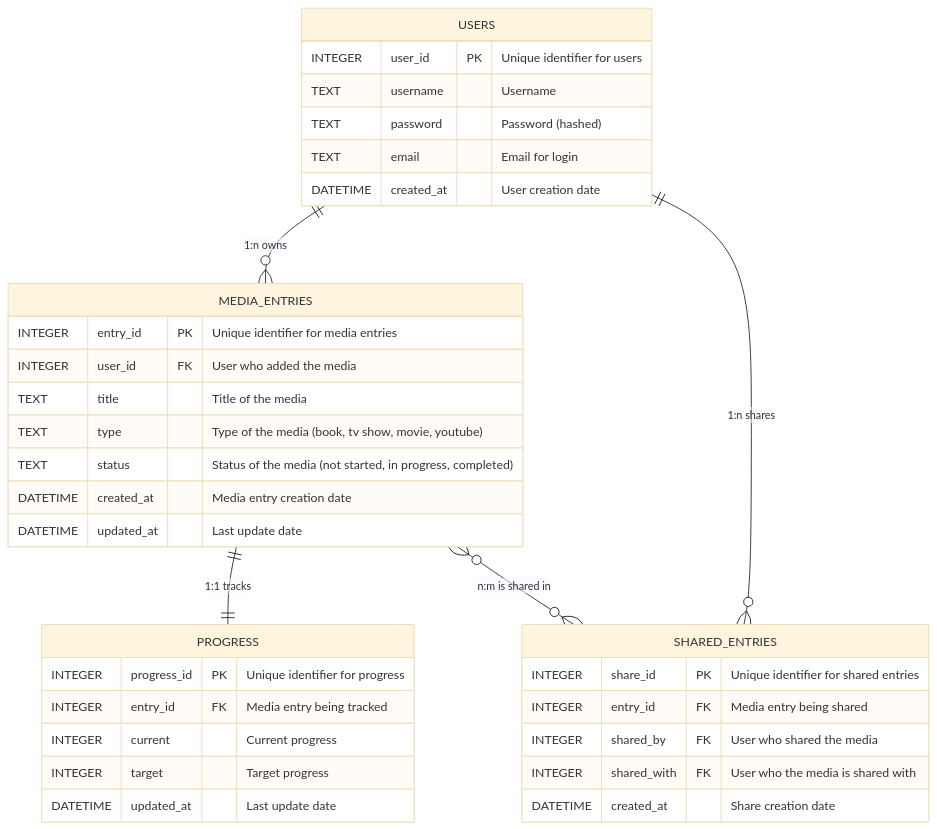
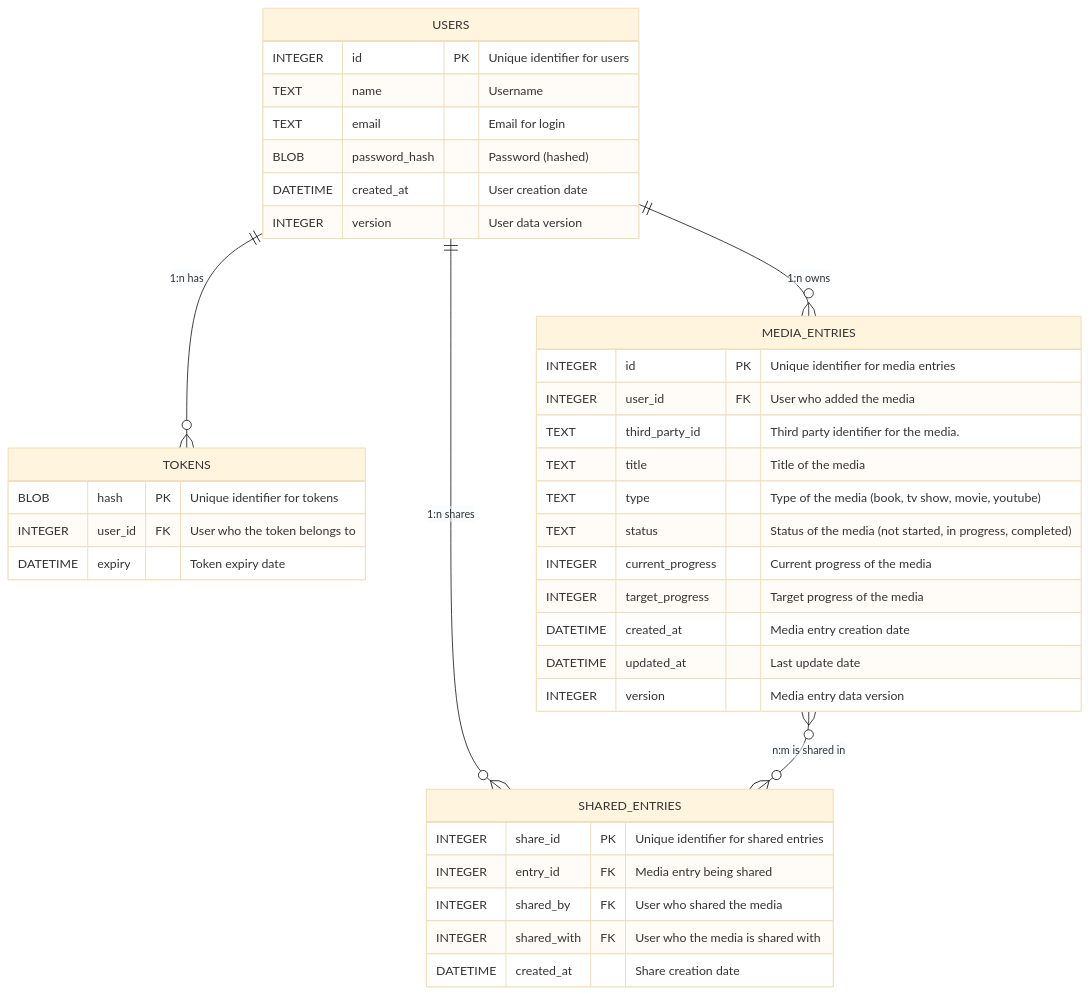
One commit to BlokOfWood/EntertainmentTracker changed the third of 3 diagrams in rendszerterv.md. Above: the diagram before and after it, drawn with Mermaid (base theme).

Commit message:
Update database schema in rendszerterv.md: rename fields, add token management, and enhance media entry structure

````diff
--- a/rendszerterv.md
+++ b/rendszerterv.md
@@ -209,41 +209,44 @@
 ```mermaid
 erDiagram
     USERS {
-        INTEGER user_id PK "Unique identifier for users"
-        TEXT username "Username"
-        TEXT password "Password (hashed)"
+        INTEGER id PK "Unique identifier for users"
+        TEXT name "Username"
         TEXT email "Email for login"
+        BLOB password_hash "Password (hashed)"
         DATETIME created_at "User creation date"
+        INTEGER version "User data version"
+    }
+
+    TOKENS {
+      BLOB hash PK "Unique identifier for tokens"
+      INTEGER user_id FK "User who the token belongs to"
+      DATETIME expiry "Token expiry date"
     }
     
     MEDIA_ENTRIES {
-        INTEGER entry_id PK "Unique identifier for media entries"
+        INTEGER id PK "Unique identifier for media entries"
         INTEGER user_id FK "User who added the media"
+        TEXT third_party_id "Third party identifier for the media."
         TEXT title "Title of the media"
         TEXT type "Type of the media (book, tv show, movie, youtube)"
         TEXT status "Status of the media (not started, in progress, completed)"
+        INTEGER current_progress "Current progress of the media"
+        INTEGER target_progress "Target progress of the media"
         DATETIME created_at "Media entry creation date"
         DATETIME updated_at "Last update date"
-    }
-    
-    PROGRESS {
-        INTEGER progress_id PK "Unique identifier for progress"
-        INTEGER entry_id FK "Media entry being tracked"
-        INTEGER current "Current progress"
-        INTEGER target "Target progress"
-        DATETIME updated_at "Last update date"
+        INTEGER version "Media entry data version"
     }
     
     SHARED_ENTRIES {
         INTEGER share_id PK "Unique identifier for shared entries"
         INTEGER entry_id FK "Media entry being shared"
         INTEGER shared_by FK "User who shared the media"
         INTEGER shared_with FK "User who the media is shared with"
         DATETIME created_at "Share creation date"
     }
 
+    USERS ||--o{ TOKENS : "1:n has"
     USERS ||--o{ MEDIA_ENTRIES : "1:n owns"
     USERS ||--o{ SHARED_ENTRIES : "1:n shares"
-    MEDIA_ENTRIES ||--|| PROGRESS : "1:1 tracks"
     MEDIA_ENTRIES }o--o{ SHARED_ENTRIES : "n:m is shared in"
 ```
````
